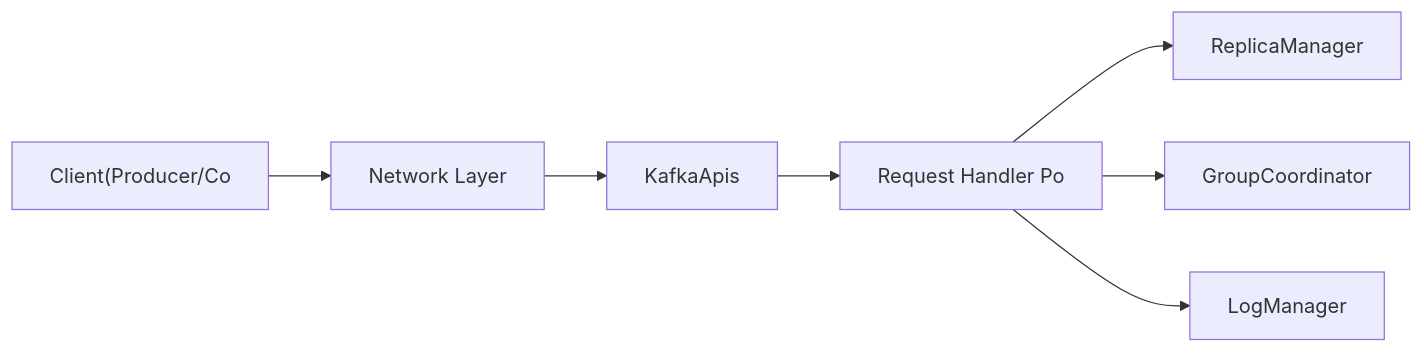
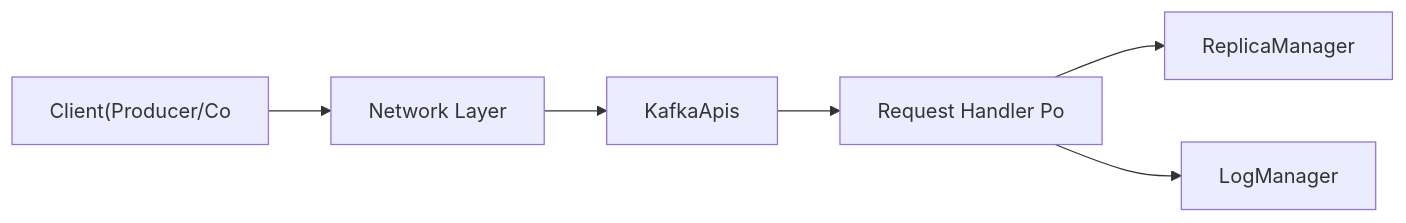
The second of 8 diagrams in _posts/kafka/2026-05-01-kafka-broker-deep.md (yjkim2015/yjkim2015.github.io), drawn with Mermaid before and after one commit. The commit also changed other lines of this file and 149 other files, not shown here.

First line of the commit message:
Mermaid 가독성 개선: 라벨 축약, 노드 축소, TD→LR 변환

````diff
--- a/_posts/kafka/2026-05-01-kafka-broker-deep.md
+++ b/_posts/kafka/2026-05-01-kafka-broker-deep.md
@@ -47,8 +47,7 @@
 ```mermaid
 flowchart LR
     CLIENT["Client(Producer/Co"] --> NET["Network Layer"]
     NET --> API["KafkaApis"] --> POOL["Request Handler Po"]
     POOL --> RM["ReplicaManager"]
-    POOL --> GC["GroupCoordinator"]
     POOL --> LM["LogManager"]
 ```
````
